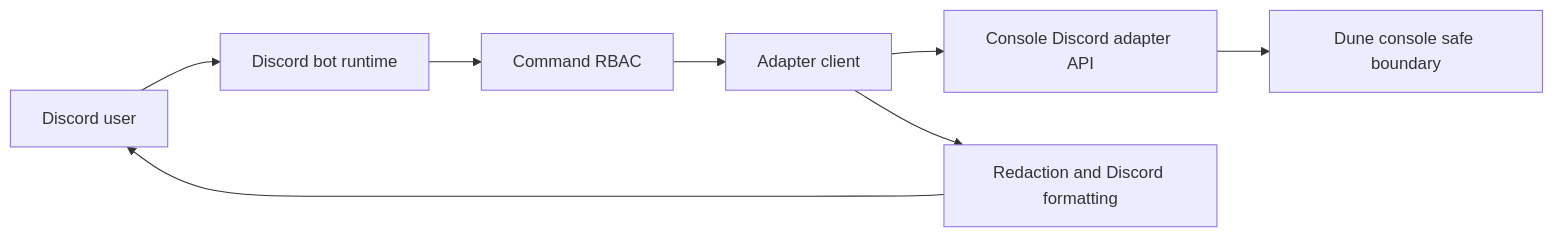
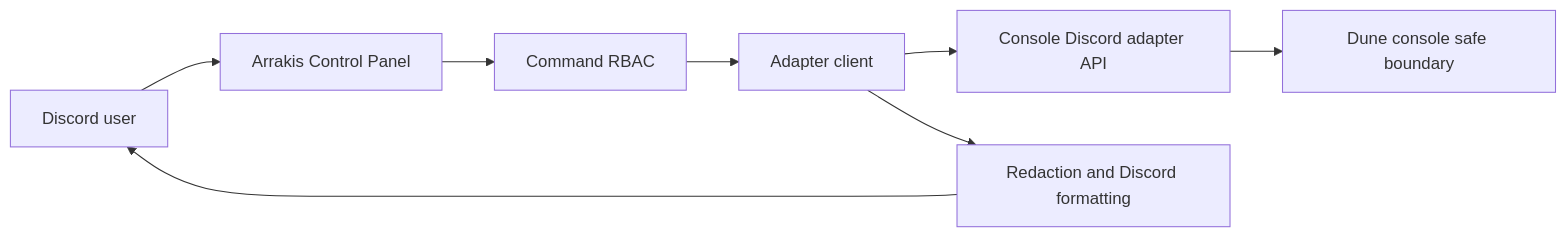
Before and after one commit to Project-Arrakis/mentat: the diagram in docs/architecture.md, drawn with Mermaid. The commit also changed other lines of this file, not shown here.

Commit message:
Update architecture branding

````diff
--- a/docs/architecture.md
+++ b/docs/architecture.md
@@ -27,10 +27,10 @@
 ```mermaid
 flowchart LR
-  User["Discord user"] --> Bot["Discord bot runtime"]
+  User["Discord user"] --> Bot["Arrakis Control Panel"]
   Bot --> Guard["Command RBAC"]
   Guard --> Client["Adapter client"]
   Client --> Adapter["Console Discord adapter API"]
   Adapter --> Console["Dune console safe boundary"]
   Client --> Redaction["Redaction and Discord formatting"]
   Redaction --> User
 ```
````
